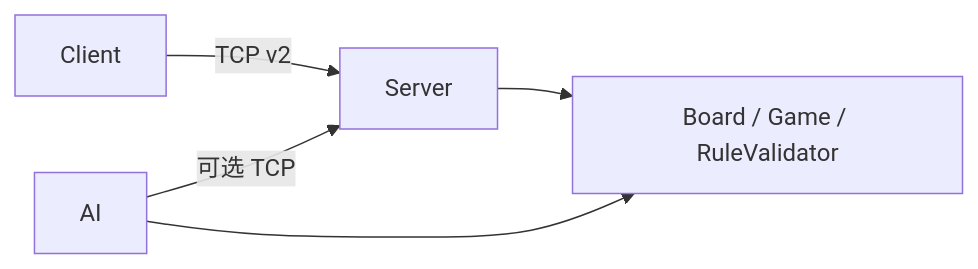
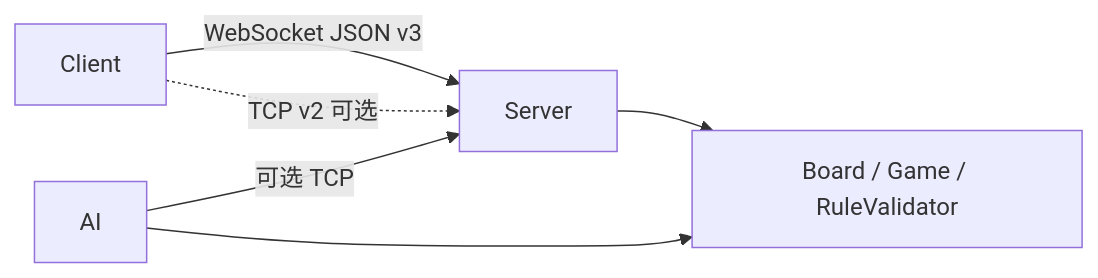
The diagram in docs/REPORT.md (zhiduoming/Unveil), drawn with Mermaid before and after one commit. The commit also changed other lines of this file and 43 other files, not shown here.

Commit message:
docs: 对齐老师公共接口，WS+JSON 正文 v3.1，TCP 迁附录 B

````diff
--- a/docs/REPORT.md
+++ b/docs/REPORT.md
@@ -26,7 +26,8 @@
 ```mermaid
 flowchart LR
-  Client -->|TCP v2| Server
+  Client -->|WebSocket JSON v3| Server
+  Client -.->|TCP v2 可选| Server
   Server --> Core[Board / Game / RuleValidator]
   AI --> Core
   AI -->|可选 TCP| Server
 ```
````
